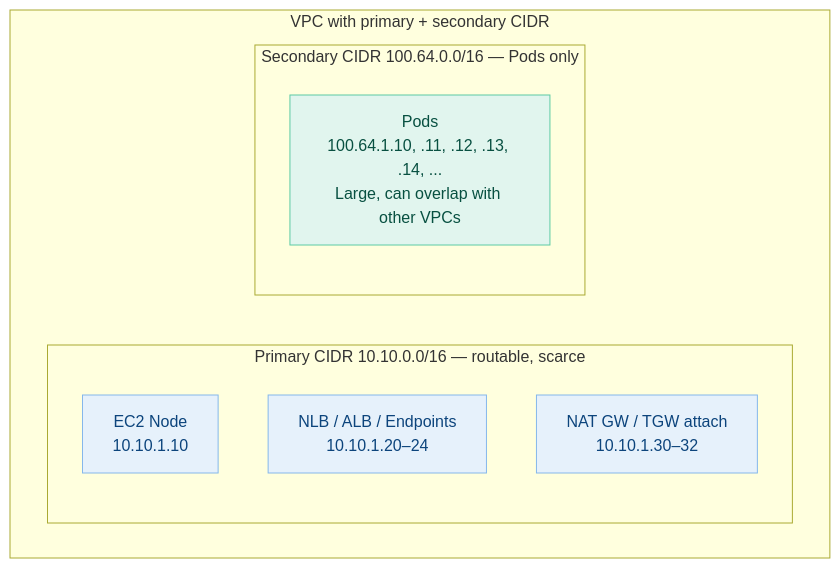
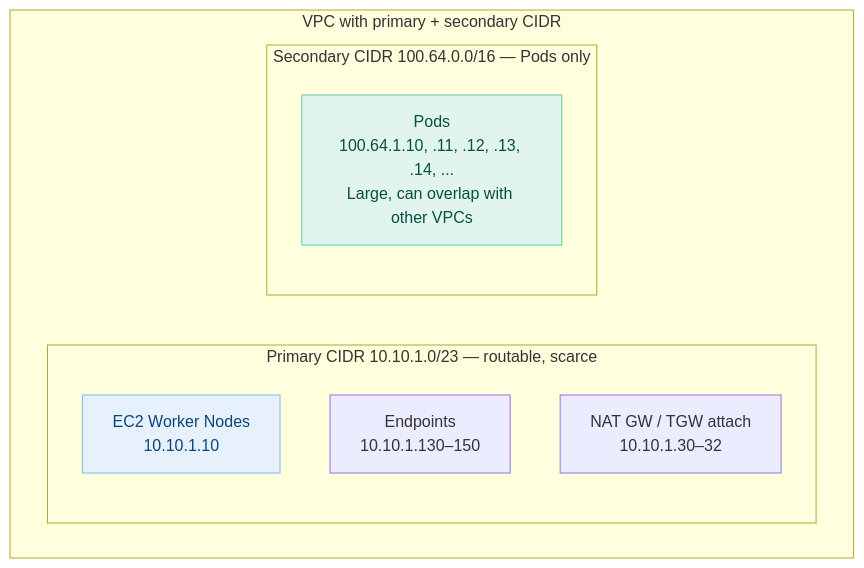
One commit to routerworld3/wiki_vp changed the second of 6 diagrams in AWS/Networking/k8/draft/00_guidance.md. Above: the diagram before and after it, drawn with Mermaid. The commit also changed other lines of this file, not shown here.

````diff
--- a/AWS/Networking/k8/draft/00_guidance.md
+++ b/AWS/Networking/k8/draft/00_guidance.md
@@ -62,18 +64,18 @@
 ```mermaid
 flowchart TB
     subgraph VPC["VPC with primary + secondary CIDR"]
-        subgraph Primary["Primary CIDR 10.10.0.0/16 — routable, scarce"]
-            Node["EC2 Node<br/>10.10.1.10"]
-            LB["NLB / ALB / Endpoints<br/>10.10.1.20–24"]
-            NAT["NAT GW / TGW attach<br/>10.10.1.30–32"]
+        subgraph Primary["Primary CIDR 10.10.1.0/23 — routable, scarce"]
+            Node["EC2 Worker Nodes<br/>10.10.1.10"]
+            Endpoints["Endpoints<br/>10.10.1.130–150"]
+            Attachments["NAT GW / TGW attach<br/>10.10.1.30–32"]
         end
         subgraph Secondary["Secondary CIDR 100.64.0.0/16 — Pods only"]
             Pods["Pods<br/>100.64.1.10, .11, .12, .13, .14, ...<br/>Large, can overlap with other VPCs"]
         end
     end
 
     classDef infra fill:#e6f1fb,stroke:#85b7eb,color:#0c447c
     classDef pods fill:#e1f5ee,stroke:#5dcaa5,color:#085041
     class Node,LB,NAT infra
     class Pods pods
 ```
````
